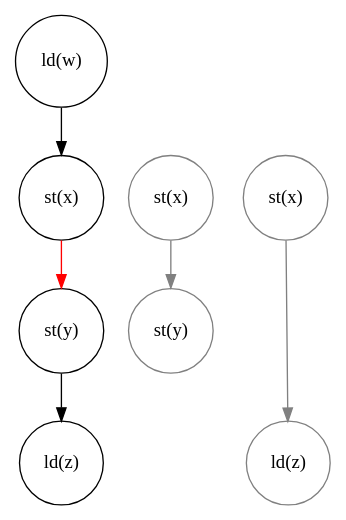
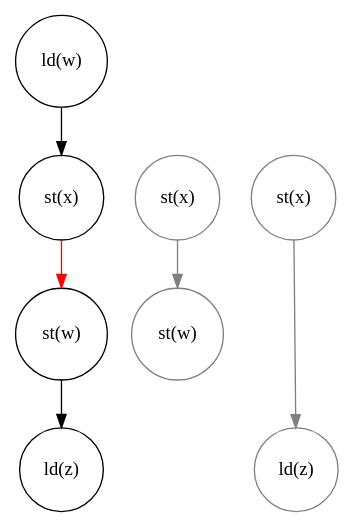
The fifth of 7 diagrams in presentation.org (johnbender/oopsla-2015-presentation), drawn with Graphviz before and after one commit. The commit also changed other lines of this file and 14 other files, not shown here.

```diff
--- a/presentation.org
+++ b/presentation.org
@@ -591,34 +591,34 @@
    #+BEGIN_SRC dot :file assets/images/full-graph-cut-highlight.png :exports results
 digraph a {
  splines=line
  node [shape = circle];
  1 [label="ld(w)"]
  2 [label="st(x)"]
- 3 [label="st(y)"]
+ 3 [label="st(w)"]
  4 [label="ld(z)"]
 
  1 -> 2
  2 -> 3 [color="red"]
  3 -> 4
 
  node[shape=circle]
 
  9 [label="st(x)", color="gray"]
- 10 [label="st(y)", color="gray"]
+ 10 [label="st(w)", color="gray"]
 
  6 [label="st(x)", color="gray"]
  8 [label="ld(z)", color="gray"]
 
  node[shape=point style=invis]
  splines=line
  n -> 6 [style=invis]
  6 -> o [style=invis]
  o -> 8 [style=invis]
  p -> 9 [style=invis]
 
 
  9 -> 10 [color="gray"]
 
  6 -> 8 [color="gray"]
 }
    #+END_SRC
```
